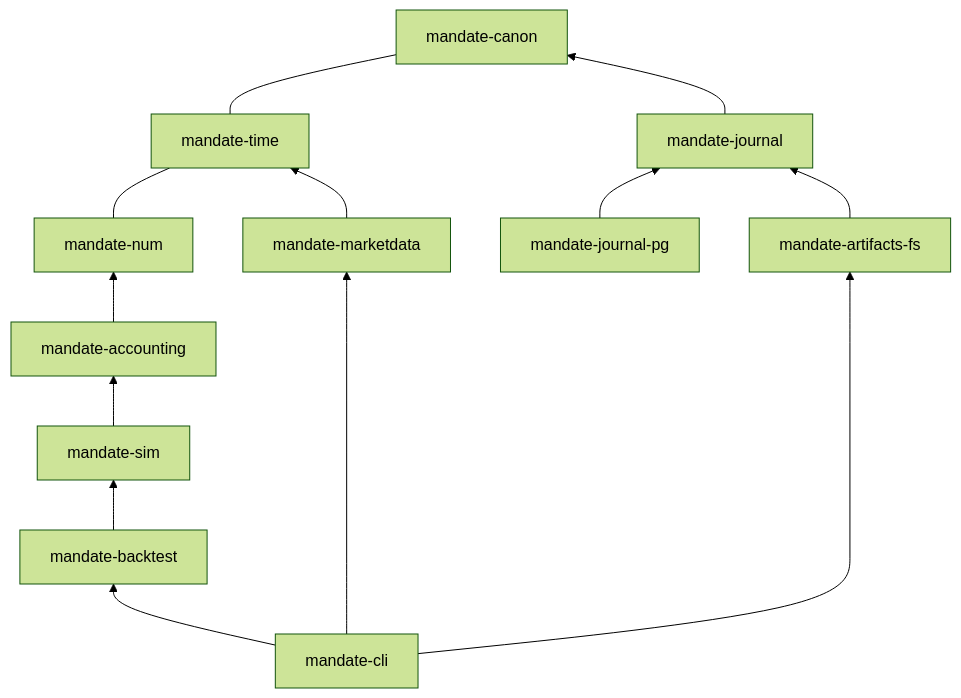
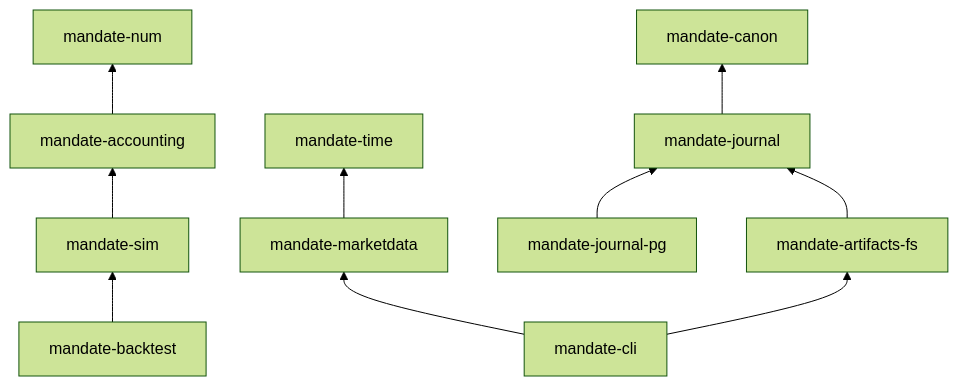
Before and after one commit to kunwarshivam/mandate: the diagram in README.md, drawn with Mermaid (forest theme). The commit also changed other lines of this file, not shown here.

First line of the commit message:
README: correct the number representation, the stubbed mandate-num items, the crate graph, the PostgreSQL floor, the pipeline order, and the M5 streams

````diff
--- a/README.md
+++ b/README.md
@@ -39,14 +41,15 @@
 ```mermaid
 flowchart BT
-    num[mandate-num] --- time[mandate-time] --- canon[mandate-canon]
+    num[mandate-num]
+    time[mandate-time]
+    canon[mandate-canon]
     acct[mandate-accounting] --> num
     journal[mandate-journal] --> canon
     sim[mandate-sim] --> acct
     md[mandate-marketdata] --> time
     pg[mandate-journal-pg] --> journal
     fs[mandate-artifacts-fs] --> journal
     bt[mandate-backtest] --> sim
     cli[mandate-cli] --> md
-    cli --> bt
     cli --> fs
 ```
````
